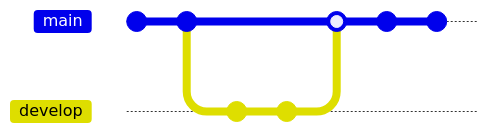
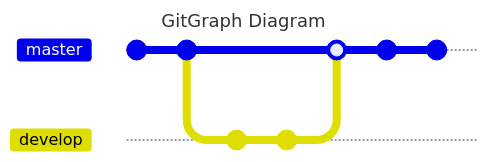
Before and after one commit to jcouball/notes: the fifth of 8 diagrams in docs/mermaid.md, drawn with Mermaid. The commit also changed other lines of this file and 1 other file, not shown here. Commit ids are hidden.

Commit message:
Update Mermaid examples (#13)

````diff
--- a/docs/mermaid.md
+++ b/docs/mermaid.md
@@ -81,13 +103,17 @@
 ``` mermaid
+---
+title: GitGraph Diagram
+---
+%%{init: { 'gitGraph': { 'mainBranchName': 'master'}} }%%
 gitGraph
   commit
   commit
   branch develop
   checkout develop
   commit
   commit
-  checkout main
+  checkout master
   merge develop
   commit
   commit
 ```
````
